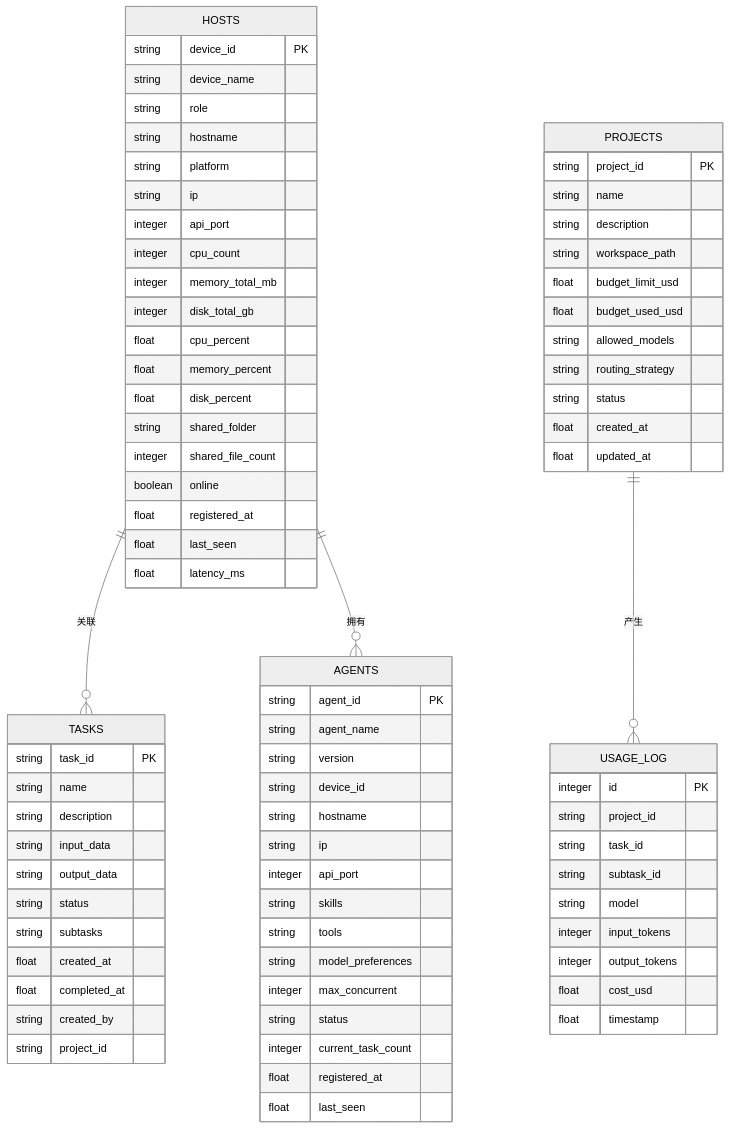
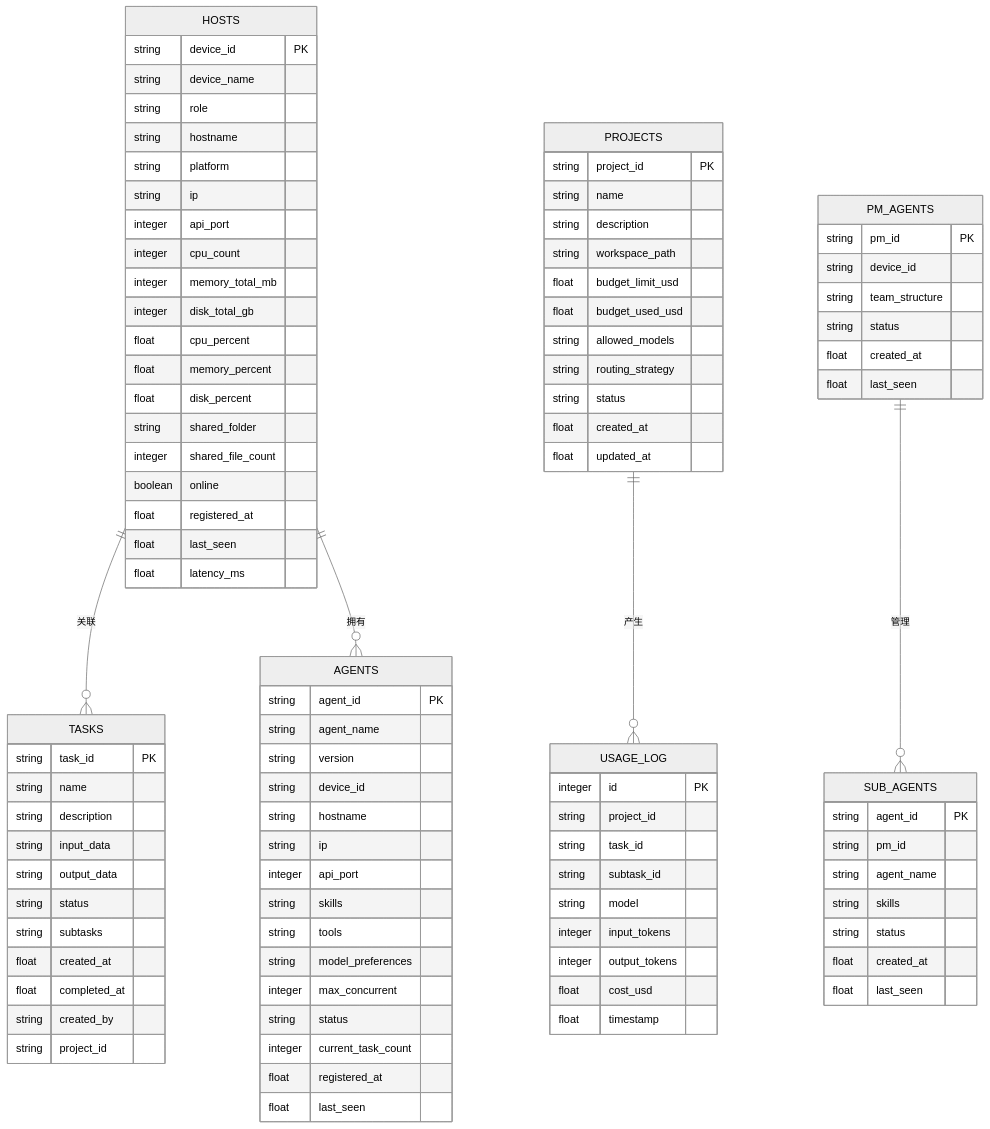
The eighth of 14 diagrams in .qoder/repowiki/zh/content/架构设计/Worker 代理/Agent 能力声明系统/Agent 运行时管理.md (targalian/Personal-distributed-workstation), drawn with Mermaid (neutral theme) before and after one commit. The commit also changed other lines of this file and 60 other files, not shown here.

````diff
--- a/.qoder/repowiki/zh/content/架构设计/Worker 代理/Agent 能力声明系统/Agent 运行时管理.md
+++ b/.qoder/repowiki/zh/content/架构设计/Worker 代理/Agent 能力声明系统/Agent 运行时管理.md
@@ -370,7 +409,25 @@
 float cost_usd
 float timestamp
 }
+PM_AGENTS {
+string pm_id PK
+string device_id
+string team_structure
+string status
+float created_at
+float last_seen
+}
+SUB_AGENTS {
+string agent_id PK
+string pm_id
+string agent_name
+string skills
+string status
+float created_at
+float last_seen
+}
 HOSTS ||--o{ TASKS : "关联"
 HOSTS ||--o{ AGENTS : "拥有"
 PROJECTS ||--o{ USAGE_LOG : "产生"
+PM_AGENTS ||--o{ SUB_AGENTS : "管理"
 ```
````
